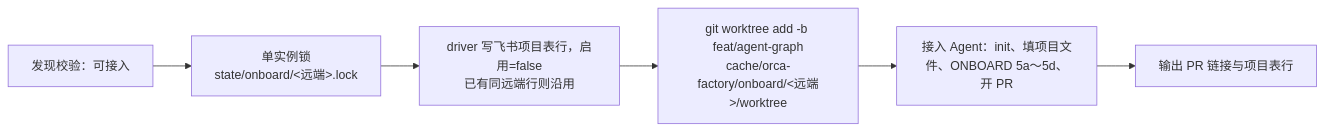
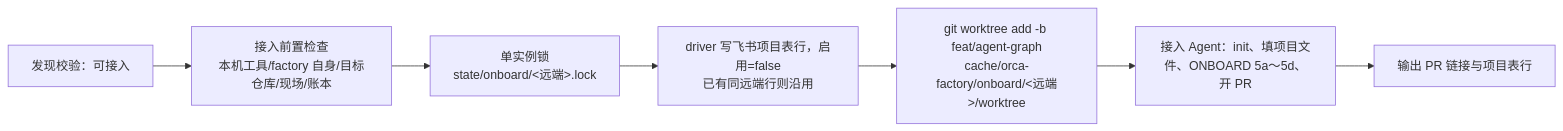
One commit to vmxmy/orca-factory changed the diagram in driver/README.md. Above: the diagram before and after it, drawn with Mermaid. The commit also changed other lines of this file and 4 other files, not shown here.

First line of the commit message:
feat(driver): onboard 接入前置检查，全部通过才写入 (OF-52) (#464)

````diff
--- a/driver/README.md
+++ b/driver/README.md
@@ -132,8 +132,9 @@
 ```mermaid
 flowchart LR
-    A[发现校验：可接入] --> B[单实例锁<br/>state/onboard/&lt;远端&gt;.lock]
+    A[发现校验：可接入] --> P[接入前置检查<br/>本机工具/factory 自身/目标仓库/现场/账本]
+    P --> B[单实例锁<br/>state/onboard/&lt;远端&gt;.lock]
     B --> E[driver 写飞书项目表行，启用=false<br/>已有同远端行则沿用]
     E --> C[git worktree add -b feat/agent-graph<br/>cache/orca-factory/onboard/&lt;远端&gt;/worktree]
     C --> D[接入 Agent：init、填项目文件、ONBOARD 5a～5d、开 PR]
     D --> F[输出 PR 链接与项目表行]
 ```
````
